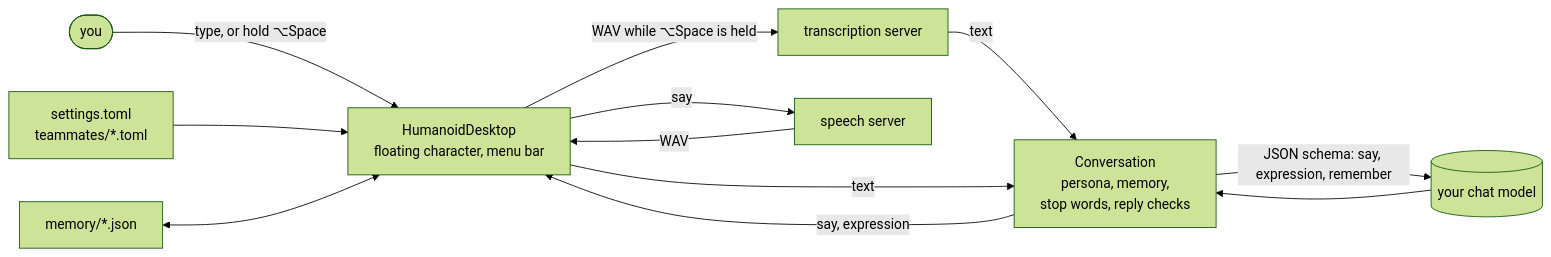
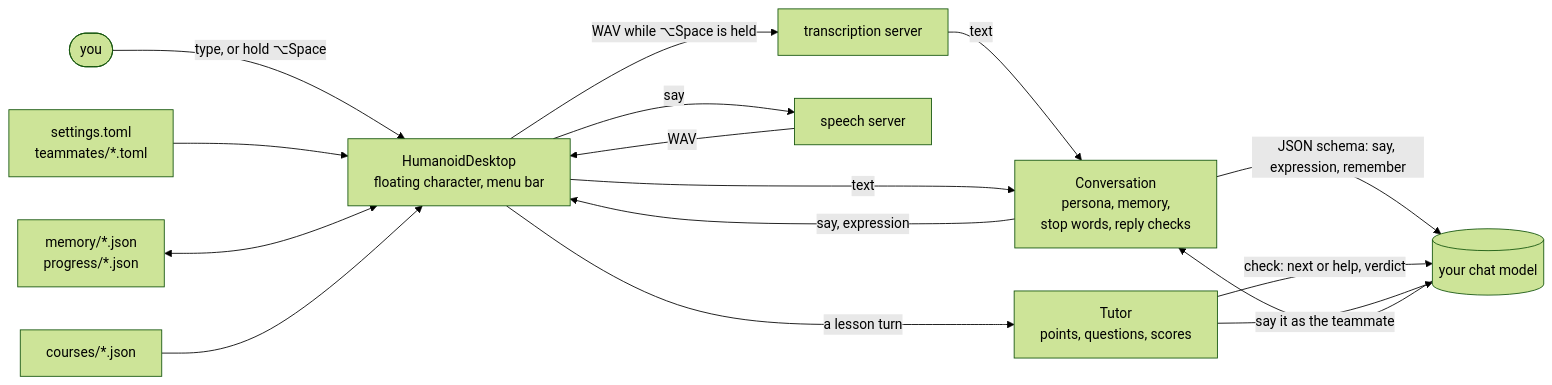
Before and after one commit to YauhenBichel/humanoid-desktop: the diagram in README.md, drawn with Mermaid (forest theme). The commit also changed other lines of this file and 27 other files, not shown here.

````diff
--- a/README.md
+++ b/README.md
@@ -147,14 +189,18 @@
 ```mermaid
 flowchart LR
     you([you]) -- "type, or hold ⌥Space" --> app[HumanoidDesktop<br/>floating character, menu bar]
     app -- "WAV while ⌥Space is held" --> stt[transcription server]
     stt -- text --> conv[Conversation<br/>persona, memory,<br/>stop words, reply checks]
     app -- text --> conv
     conv -- "JSON schema: say, expression, remember" --> llm[(your chat model)]
+    app -- "a lesson turn" --> tutor[Tutor<br/>points, questions, scores]
+    tutor -- "check: next or help, verdict" --> llm
+    tutor -- "say it as the teammate" --> llm
     llm --> conv
     conv -- "say, expression" --> app
     app -- say --> tts[speech server]
     tts -- WAV --> app
     files[settings.toml<br/>teammates/*.toml] --> app
-    memory[memory/*.json] <--> app
+    memory[memory/*.json<br/>progress/*.json] <--> app
+    courses[courses/*.json] --> app
 ```
````
